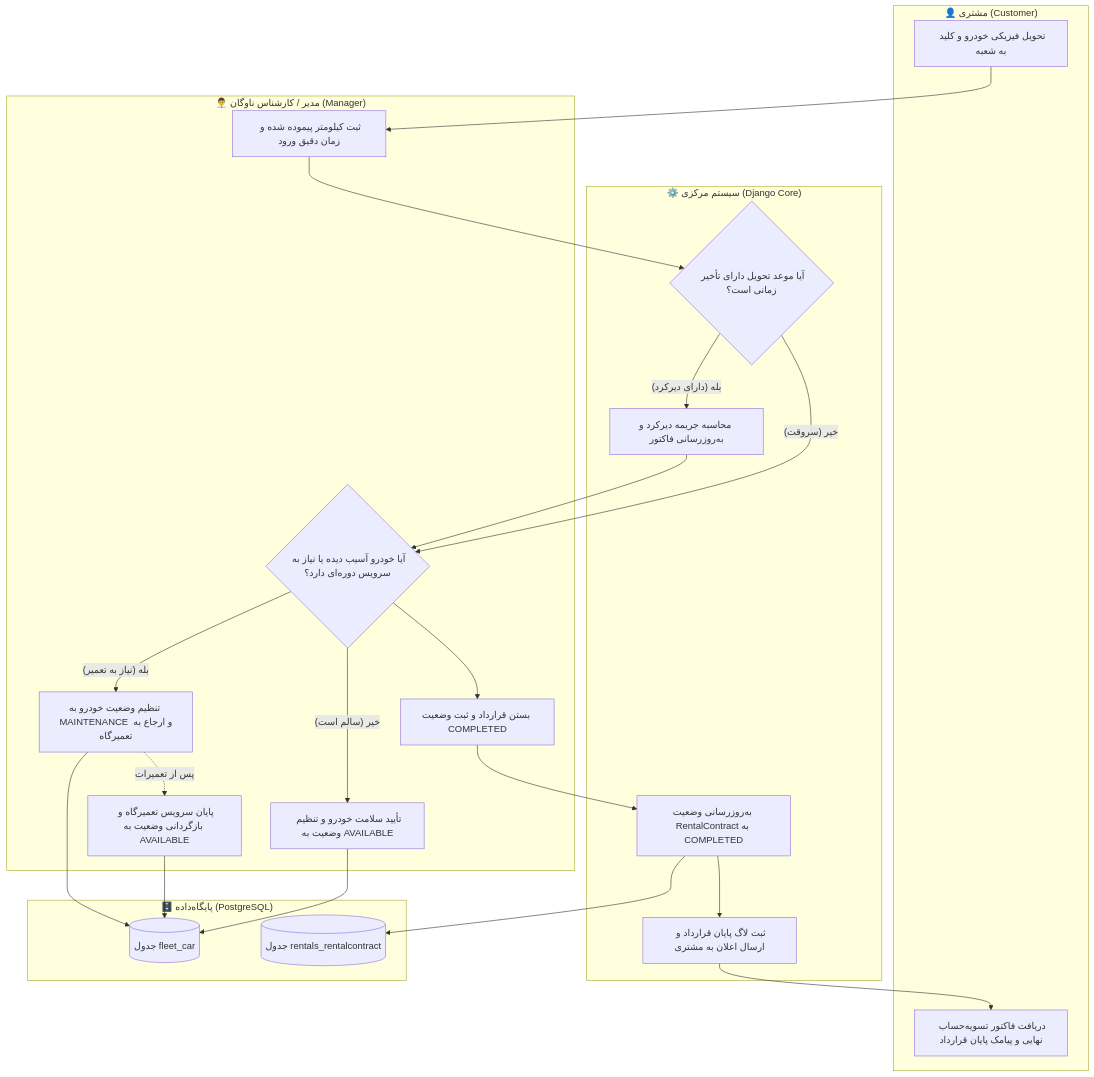
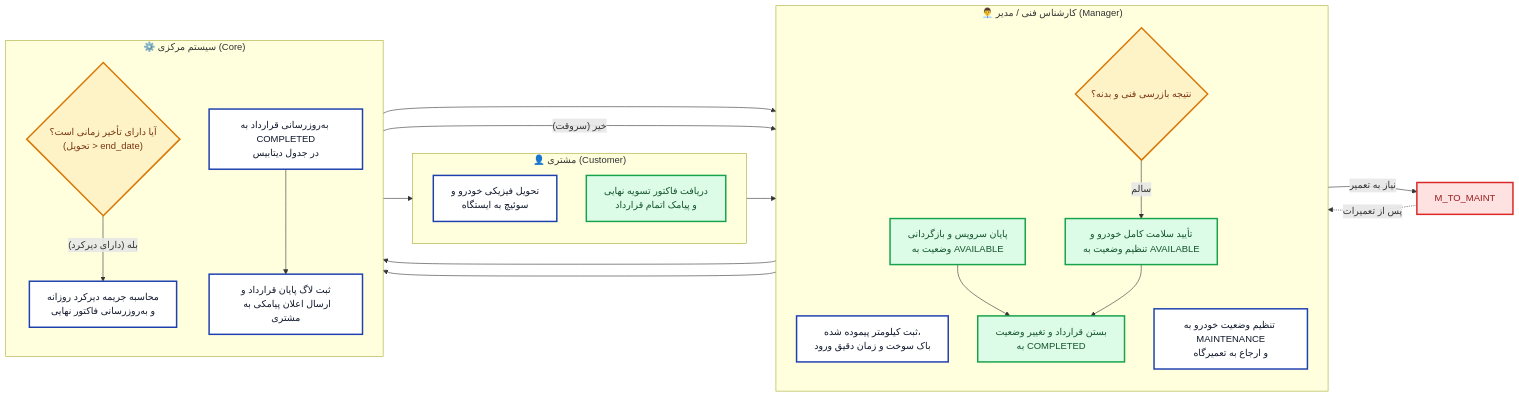
Before and after one commit to SoroushHamedi-Net/django-car-rental-project: the fourth of 4 diagrams in README.md, drawn with Mermaid. The commit also changed other lines of this file and 14 other files, not shown here.

First line of the commit message:
docs(diagrams): upgrade process diagrams to 3x Retina HD with compact readable layout

````diff
--- a/README.md
+++ b/README.md
@@ -195,48 +200,42 @@
 ```mermaid
-flowchart TD
+flowchart LR
     subgraph Customer ["👤 مشتری (Customer)"]
-        R1["تحویل فیزیکی خودرو و کلید به شعبه"]
-        R6["دریافت فاکتور تسویه‌حساب نهایی و پیامک پایان قرارداد"]
+        direction TB
+        R1["تحویل فیزیکی خودرو و<br/>سوئیچ به ایستگاه"]
+        R_END["دریافت فاکتور تسویه نهایی<br/>و پیامک اتمام قرارداد"]
     end
 
-    subgraph Manager ["👨‍💼 مدیر / کارشناس ناوگان (Manager)"]
-        M_REV1["ثبت کیلومتر پیموده شده و زمان دقیق ورود"]
-        M_CHECK{"آیا خودرو آسیب دیده یا نیاز به سرویس دوره‌ای دارد؟"}
-        M_MAINT["تنظیم وضعیت خودرو به MAINTENANCE و ارجاع به تعمیرگاه"]
-        M_MAINT_DONE["پایان سرویس تعمیرگاه و بازگردانی وضعیت به AVAILABLE"]
-        M_OK["تأیید سلامت خودرو و تنظیم وضعیت به AVAILABLE"]
-        M_FIN["بستن قرارداد و ثبت وضعیت COMPLETED"]
+    subgraph Manager ["👨‍💼 کارشناس فنی / مدیر (Manager)"]
+        direction TB
+        M_REC["ثبت کیلومتر پیموده شده،<br/>باک سوخت و زمان دقیق ورود"]
+        M_INSPECT{"نتیجه بازرسی فنی و بدنه؟"}
+        M_MAINT["تنظیم وضعیت خودرو به MAINTENANCE<br/>و ارجاع به تعمیرگاه"]
+        M_MAINT_DONE["پایان سرویس و بازگردانی<br/>وضعیت به AVAILABLE"]
+        M_OK["تأیید سلامت کامل خودرو و<br/>تنظیم وضعیت به AVAILABLE"]
+        M_FIN["بستن قرارداد و تغییر وضعیت<br/>به COMPLETED"]
     end
 
-    subgraph System ["⚙️ سیستم مرکزی (Django Core)"]
-        SYS_LATE{"آیا موعد تحویل دارای تأخیر زمانی است؟"}
-        SYS_CALC_FINE["محاسبه جریمه دیرکرد و به‌روزرسانی فاکتور"]
-        SYS_CLOSE["به‌روزرسانی وضعیت RentalContract به COMPLETED"]
-        SYS_LOG["ثبت لاگ پایان قرارداد و ارسال اعلان به مشتری"]
+    subgraph System ["⚙️ سیستم مرکزی (Core)"]
+        direction TB
+        SYS_DELAY{"آیا دارای تأخیر زمانی است؟<br/>(تحویل > end_date)"}
+        SYS_FINE["محاسبه جریمه دیرکرد روزانه<br/>و به‌روزرسانی فاکتور نهایی"]
+        SYS_CLOSE["به‌روزرسانی قرارداد به COMPLETED<br/>در جدول دیتابیس"]
+        SYS_LOG["ثبت لاگ پایان قرارداد و<br/>ارسال اعلان پیامکی به مشتری"]
     end
 
-    subgraph Database ["🗄️ پایگاه‌داده (PostgreSQL)"]
-        DB_CAR[("جدول fleet_car")]
-        DB_RENTAL[("جدول rentals_rentalcontract")]
-    end
+    R1 --> M_REC --> SYS_DELAY
+    SYS_DELAY -- "بله (دارای دیرکرد)" --> SYS_FINE --> M_INSPECT
+    SYS_DELAY -- "خیر (سروقت)" --> M_INSPECT
+    M_INSPECT -- "نیاز به تعمیر" --> M_TO_MAINT
+    M_TO_MAINT -. پس از تعمیرات .-> M_MAINT_DONE --> M_FIN
+    M_INSPECT -- "سالم" --> M_OK --> M_FIN
+    M_FIN --> SYS_CLOSE --> SYS_LOG --> R_END
 
-    R1 --> M_REV1
-    M_REV1 --> SYS_LATE
-    SYS_LATE -- "بله (دارای دیرکرد)" --> SYS_CALC_FINE
-    SYS_CALC_FINE --> M_CHECK
-    SYS_LATE -- "خیر (سروقت)" --> M_CHECK
-
-    M_CHECK -- "بله (نیاز به تعمیر)" --> M_MAINT
-    M_MAINT --> DB_CAR
-    M_MAINT -. پس از تعمیرات .-> M_MAINT_DONE
-    M_MAINT_DONE --> DB_CAR
-
-    M_CHECK -- "خیر (سالم است)" --> M_OK
-    M_OK --> DB_CAR
-
-    M_CHECK --> M_FIN
-    M_FIN --> SYS_CLOSE
-    SYS_CLOSE --> DB_RENTAL
-    SYS_CLOSE --> SYS_LOG
-    SYS_LOG --> R6
+    classDef default fill:#ffffff,stroke:#1e40af,stroke-width:2.5px,color:#0f172a;
+    classDef decision fill:#fef3c7,stroke:#d97706,stroke-width:2.5px,color:#78350f;
+    classDef error fill:#fee2e2,stroke:#dc2626,stroke-width:2.5px,color:#991b1b;
+    classDef success fill:#dcfce7,stroke:#16a34a,stroke-width:2.5px,color:#14532d;
+    class SYS_DELAY,M_INSPECT decision;
+    class M_TO_MAINT error;
+    class M_MAINT_DONE,M_OK,M_FIN,R_END success;
 ```
````
